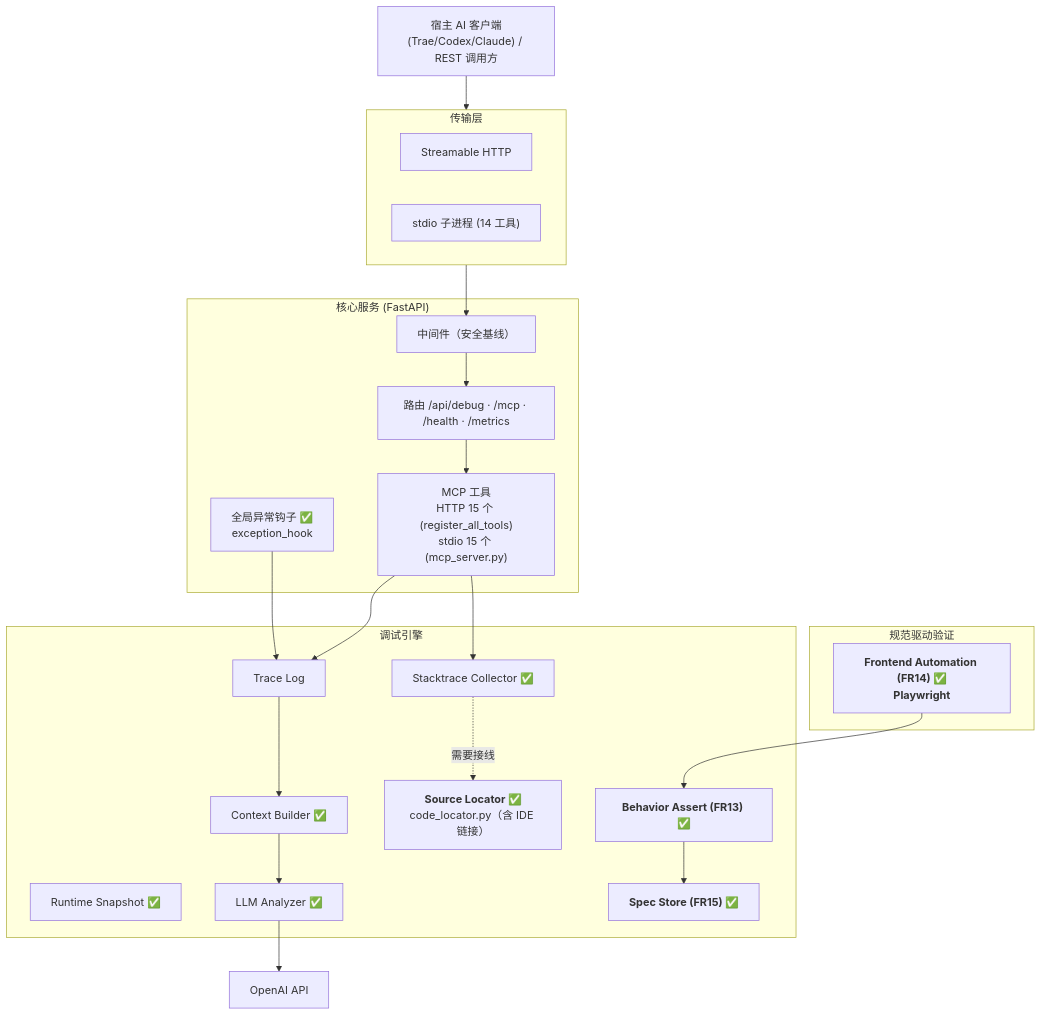
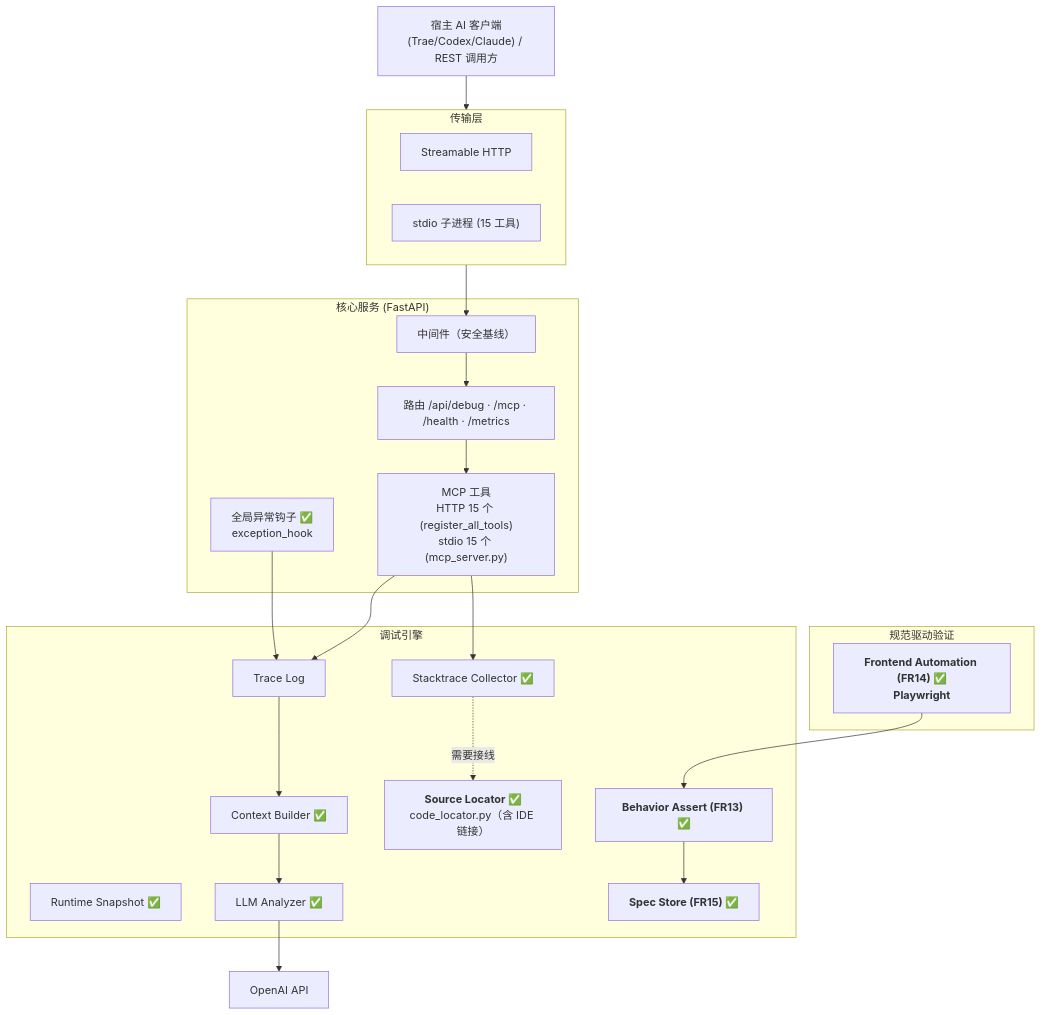
The first of 3 diagrams in docs/internal/PRD.md (Ljj041120/Lujo-MCP), drawn with Mermaid before and after one commit. The commit also changed other lines of this file and 29 other files, not shown here.

Commit message:
docs: sync v0.3.0 Release Audit closure - README/RESUME/internal docs/ROADMAP/specs

````diff
--- a/docs/internal/PRD.md
+++ b/docs/internal/PRD.md
@@ -237,42 +237,42 @@
 ```mermaid
 flowchart TB
     Client["宿主 AI 客户端<br/>(Trae/Codex/Claude) / REST 调用方"]
 
     subgraph Transport["传输层"]
         HTTP["Streamable HTTP"]
-        STDIO["stdio 子进程 (14 工具)"]
+        STDIO["stdio 子进程 (15 工具)"]
     end
 
     subgraph Core["核心服务 (FastAPI)"]
         Hook["全局异常钩子 ✅<br/>exception_hook"]
         MW["中间件（安全基线）"]
         Router["路由 /api/debug · /mcp · /health · /metrics"]
         Tools["MCP 工具<br/>HTTP 15 个 (register_all_tools)<br/>stdio 15 个 (mcp_server.py)"]
     end
 
     subgraph Engine["调试引擎"]
         Logs["Trace Log"]
         Builder["Context Builder ✅"]
         Stack["Stacktrace Collector ✅"]
         Locator["<b>Source Locator ✅</b><br/>code_locator.py（含 IDE 链接）"]
         Runtime["Runtime Snapshot ✅"]
         Analyzer["LLM Analyzer ✅"]
         Assert["<b>Behavior Assert (FR13) ✅</b>"]
         SpecStore["<b>Spec Store (FR15) ✅</b>"]
     end
 
     subgraph Verify["规范驱动验证"]
         E2E["<b>Frontend Automation (FR14) ✅<br/>Playwright</b>"]
     end
 
     Client --> Transport
     Hook --> Logs
     Transport --> MW --> Router --> Tools
     Tools --> Logs --> Builder
     Tools --> Stack
     Stack -.需要接线.-> Locator
     Builder --> Analyzer
     Analyzer --> LLM["OpenAI API"]
     Assert --> SpecStore
     E2E --> Assert
 ```
````
